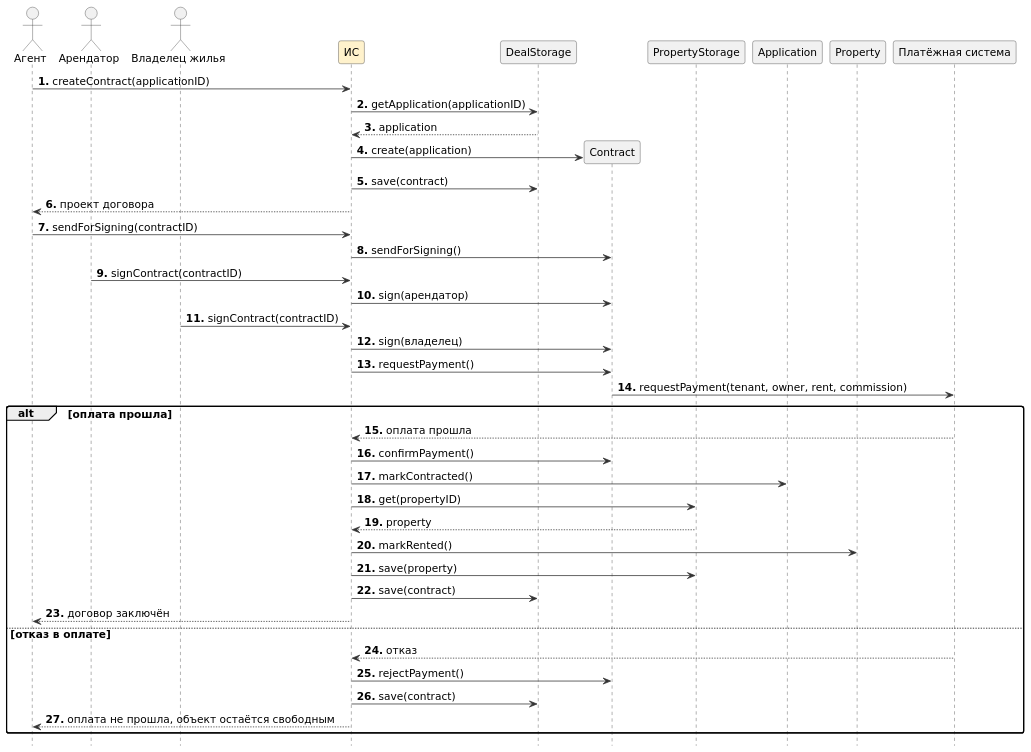
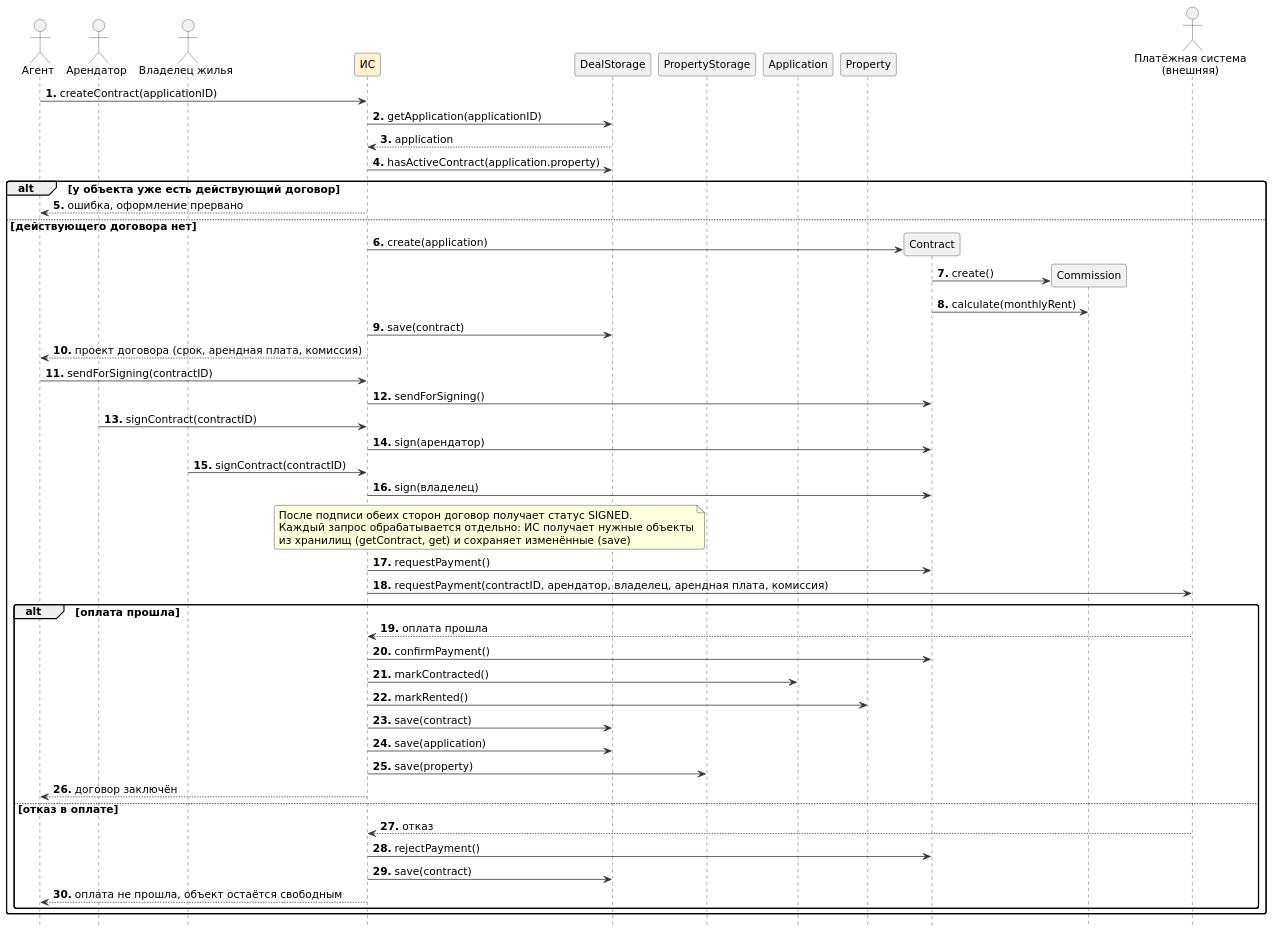
One commit to penamarth/bsbo-11-24_team2_var8_rentagency changed the diagram in Прецеденты/ПР3.ДоговорОплата.Альберт/Контекст3.Код.md. Above: the diagram before and after it, drawn with PlantUML. The commit also changed 3 other files, not shown here.

Commit message:
подправил диаграмму последовательности в прецеденте 3

````diff
--- a/Прецеденты/ПР3.ДоговорОплата.Альберт/Контекст3.Код.md
+++ b/Прецеденты/ПР3.ДоговорОплата.Альберт/Контекст3.Код.md
@@ -2,68 +1,77 @@
 ```plantuml
 @startuml
 skinparam defaultFontName DejaVu Sans
 skinparam defaultFontSize 14
 skinparam shadowing false
 skinparam dpi 110
 skinparam roundCorner 6
 skinparam backgroundColor white
 skinparam ArrowColor #333333
 skinparam sequence {
   LifeLineBorderColor #333333
   ParticipantBorderColor #333333
   ParticipantBackgroundColor #F1F1F1
   ActorBorderColor #333333
   ActorBackgroundColor #F1F1F1
   BoxBorderColor #333333
 }
 skinparam participant<<IS>> {
   BackgroundColor #FFF2CC
 }
 autonumber "<b>0."
 hide footbox
 hide stereotype
 actor "Агент" as A
 actor "Арендатор" as T
 actor "Владелец жилья" as O
 participant "ИС" as IS <<IS>>
 participant "DealStorage" as DS
-participant "Contract" as C
 participant "PropertyStorage" as PS
 participant "Application" as AP
 participant "Property" as P
-participant "Платёжная система" as PAY
+participant "Contract" as C
+participant "Commission" as CM
+actor "Платёжная система\n(внешняя)" as PAY
 
 A -> IS : createContract(applicationID)
 IS -> DS : getApplication(applicationID)
 DS --> IS : application
-IS -> C ** : create(application)
-IS -> DS : save(contract)
-IS --> A : проект договора
+IS -> DS : hasActiveContract(application.property)
+alt у объекта уже есть действующий договор
+  IS --> A : ошибка, оформление прервано
+else действующего договора нет
+  IS -> C ** : create(application)
+  C -> CM ** : create()
+  C -> CM : calculate(monthlyRent)
+  IS -> DS : save(contract)
+  IS --> A : проект договора (срок, арендная плата, комиссия)
 
-A -> IS : sendForSigning(contractID)
-IS -> C : sendForSigning()
-T -> IS : signContract(contractID)
-IS -> C : sign(арендатор)
-O -> IS : signContract(contractID)
-IS -> C : sign(владелец)
+  A -> IS : sendForSigning(contractID)
+  IS -> C : sendForSigning()
+  T -> IS : signContract(contractID)
+  IS -> C : sign(арендатор)
+  O -> IS : signContract(contractID)
+  IS -> C : sign(владелец)
+  note over IS, DS : После подписи обеих сторон договор получает статус SIGNED.\nКаждый запрос обрабатывается отдельно: ИС получает нужные объекты\nиз хранилищ (getContract, get) и сохраняет изменённые (save)
 
-IS -> C : requestPayment()
-C -> PAY : requestPayment(tenant, owner, rent, commission)
-alt оплата прошла
-  PAY --> IS : оплата прошла
-  IS -> C : confirmPayment()
-  IS -> AP : markContracted()
-  IS -> PS : get(propertyID)
-  PS --> IS : property
-  IS -> P : markRented()
-  IS -> PS : save(property)
-  IS -> DS : save(contract)
-  IS --> A : договор заключён
-else отказ в оплате
-  PAY --> IS : отказ
-  IS -> C : rejectPayment()
-  IS -> DS : save(contract)
-  IS --> A : оплата не прошла, объект остаётся свободным
+  IS -> C : requestPayment()
+  IS -> PAY : requestPayment(contractID, арендатор, владелец, арендная плата, комиссия)
+
+  alt оплата прошла
+    PAY --> IS : оплата прошла
+    IS -> C : confirmPayment()
+    IS -> AP : markContracted()
+    IS -> P : markRented()
+    IS -> DS : save(contract)
+    IS -> DS : save(application)
+    IS -> PS : save(property)
+    IS --> A : договор заключён
+  else отказ в оплате
+    PAY --> IS : отказ
+    IS -> C : rejectPayment()
+    IS -> DS : save(contract)
+    IS --> A : оплата не прошла, объект остаётся свободным
+  end
 end
 @enduml
 ```
````
